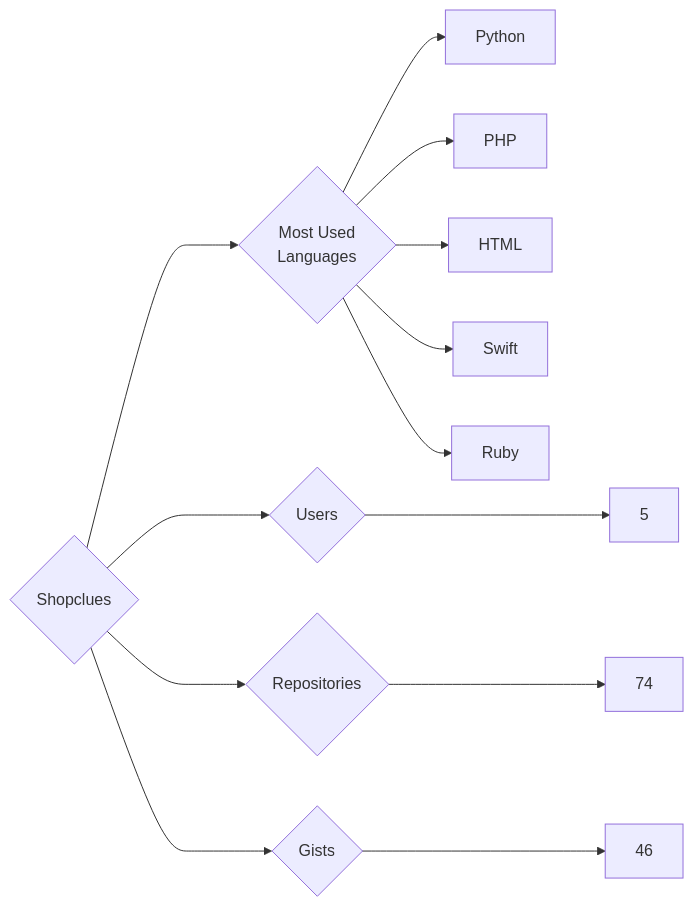
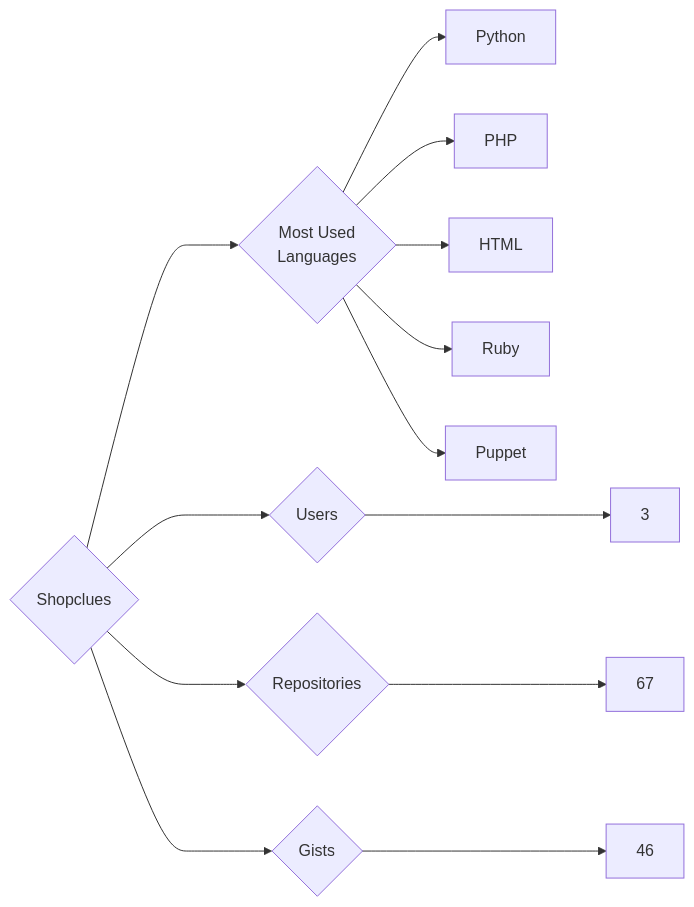
The diagram in targets/Shopclues/README.md (trickest/insiders), drawn with Mermaid before and after one commit. The commit also changed 806 other files, not shown here.

````diff
--- a/targets/Shopclues/README.md
+++ b/targets/Shopclues/README.md
@@ -3,13 +3,13 @@
 ```mermaid
 graph LR
 COMPANY_NAME{Shopclues}
-COMPANY_NAME ---> U{Users} ---> UN[5]
-COMPANY_NAME ---> R{Repositories} ---> RN[74]
+COMPANY_NAME ---> U{Users} ---> UN[3]
+COMPANY_NAME ---> R{Repositories} ---> RN[67]
 COMPANY_NAME ---> G{Gists} ---> GN[46]
 COMPANY_NAME ---> ML{Most Used<br>Languages}
 ML --> Python[Python]
 ML --> PHP[PHP]
 ML --> HTML[HTML]
-ML --> Swift[Swift]
 ML --> Ruby[Ruby]
+ML --> Puppet[Puppet]
 ```
````
